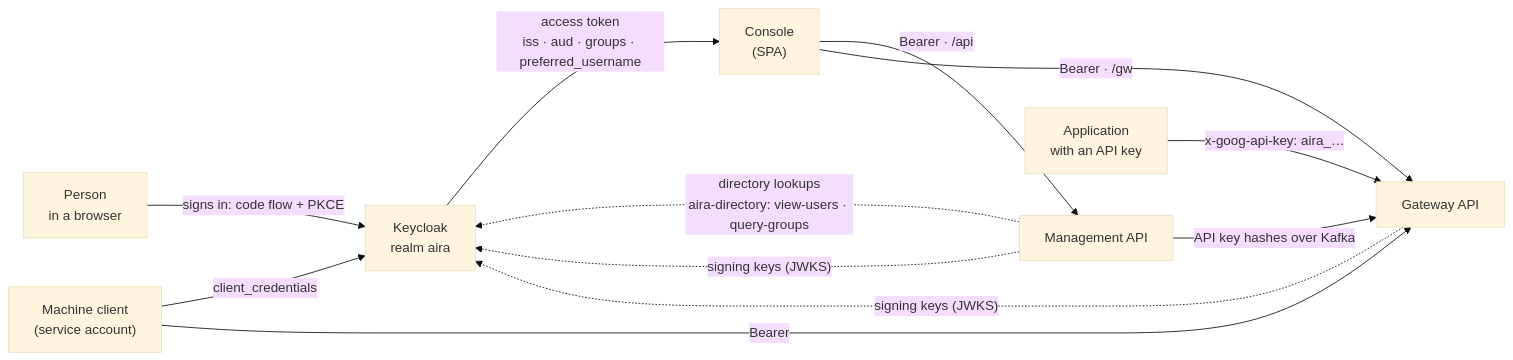
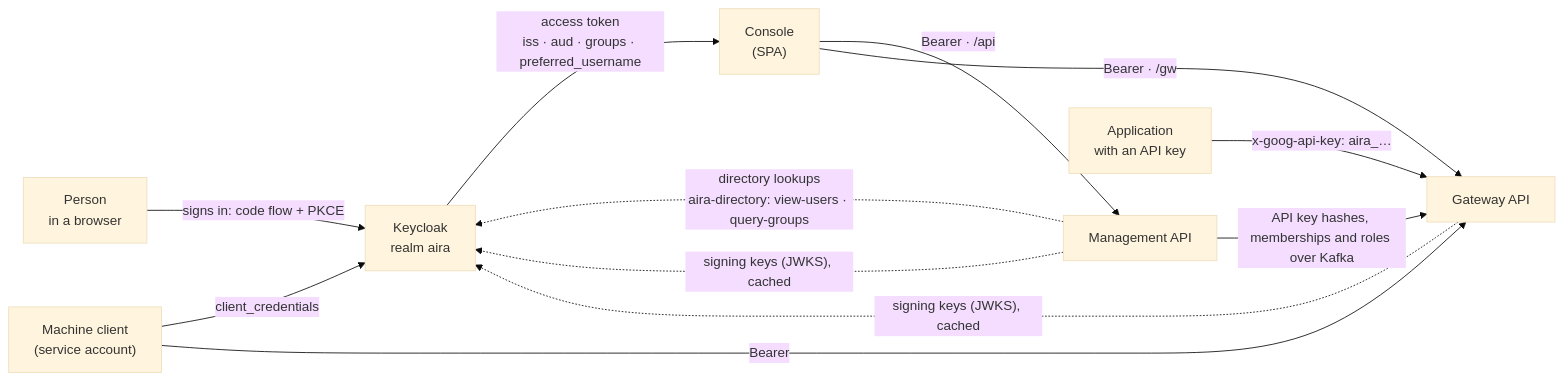
Before and after one commit to InigoImago/AIRA-Gateway: the ninth of 13 diagrams in docs/ARCHITECTURE.md, drawn with Mermaid (base theme). The commit also changed other lines of this file and 25 other files, not shown here.

````diff
--- a/docs/ARCHITECTURE.md
+++ b/docs/ARCHITECTURE.md
@@ -376,16 +698,16 @@
 ```mermaid
 flowchart LR
     person["Person<br/>in a browser"] -->|"signs in: code flow + PKCE"| kc["Keycloak<br/>realm aira"]
     kc -->|"access token<br/>iss · aud · groups · preferred_username"| console["Console<br/>(SPA)"]
     console -->|"Bearer · /api"| mgmt["Management API"]
     console -->|"Bearer · /gw"| gw["Gateway API"]
 
     app["Application<br/>with an API key"] -->|"x-goog-api-key: aira_…"| gw
     machine["Machine client<br/>(service account)"] -->|"client_credentials"| kc
     machine -->|"Bearer"| gw
 
     mgmt -. "directory lookups<br/>aira-directory: view-users · query-groups" .-> kc
-    gw -. "signing keys (JWKS)" .-> kc
-    mgmt -. "signing keys (JWKS)" .-> kc
-    mgmt -- "API key hashes over Kafka" --> gw
+    gw -. "signing keys (JWKS), cached" .-> kc
+    mgmt -. "signing keys (JWKS), cached" .-> kc
+    mgmt -- "API key hashes, memberships and roles over Kafka" --> gw
 ```
````
